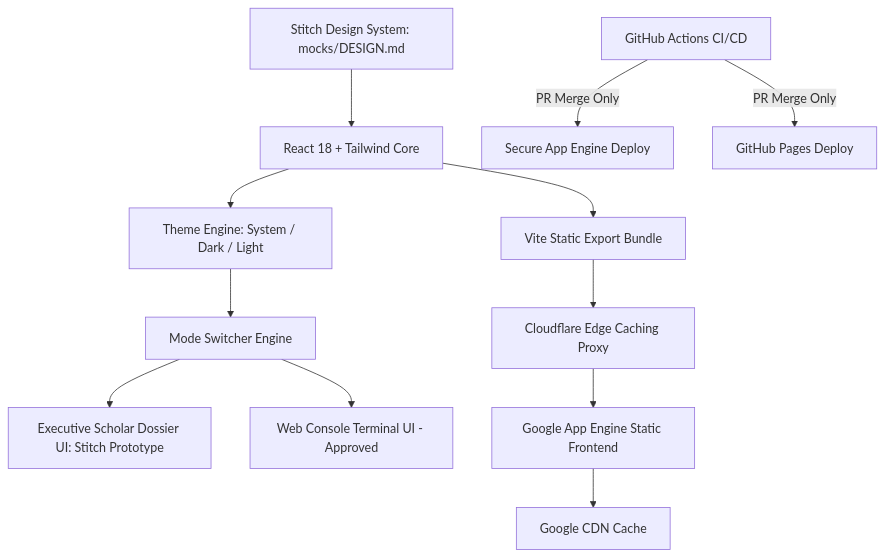
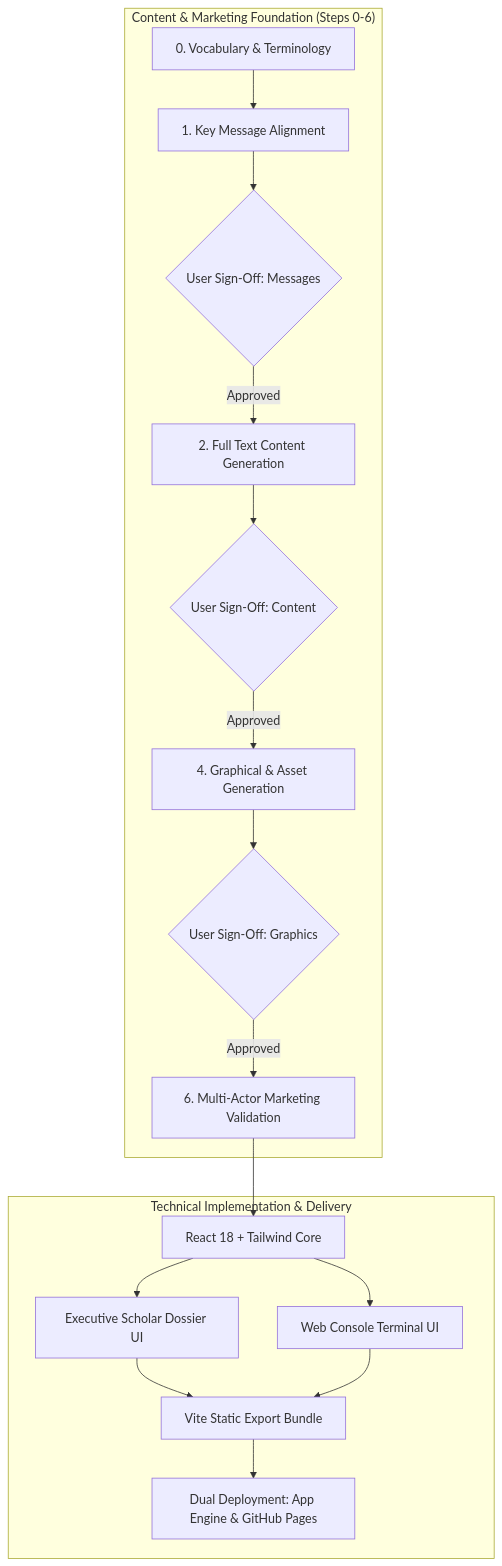
The diagram in specs/001-personal-brand-website/plan.md (drlebedev/drlebedev), drawn with Mermaid before and after one commit. The commit also changed other lines of this file and 1 other file, not shown here.

Commit message:
feat: add comprehensive content and marketing strategy framework to plan and create tasks.md

````diff
--- a/specs/001-personal-brand-website/plan.md
+++ b/specs/001-personal-brand-website/plan.md
@@ -7,14 +7,21 @@
 ```mermaid
 graph TD
-    A[Stitch Design System: mocks/DESIGN.md] --> B[React 18 + Tailwind Core]
-    B --> C[Theme Engine: System / Dark / Light]
-    C --> D[Mode Switcher Engine]
-    D --> E[Executive Scholar Dossier UI: Stitch Prototype]
-    D --> F[Web Console Terminal UI - Approved]
-    B --> G[Vite Static Export Bundle]
-    G --> H[Cloudflare Edge Caching Proxy]
-    H --> I[Google App Engine Static Frontend]
-    I --> J[Google CDN Cache]
-    K[GitHub Actions CI/CD] -->|PR Merge Only| L[Secure App Engine Deploy]
-    K -->|PR Merge Only| M[GitHub Pages Deploy]
+    subgraph ContentPipeline["Content & Marketing Foundation (Steps 0-6)"]
+        S0[0. Vocabulary & Terminology] --> S1[1. Key Message Alignment]
+        S1 --> G1{User Sign-Off: Messages}
+        G1 -->|Approved| S2[2. Full Text Content Generation]
+        S2 --> G2{User Sign-Off: Content}
+        G2 -->|Approved| S4[4. Graphical & Asset Generation]
+        S4 --> G3{User Sign-Off: Graphics}
+        G3 -->|Approved| S6[6. Multi-Actor Marketing Validation]
+    end
+
+    subgraph TechnicalImplementation["Technical Implementation & Delivery"]
+        S6 --> TechBase[React 18 + Tailwind Core]
+        TechBase --> ExecUI[Executive Scholar Dossier UI]
+        TechBase --> TermUI[Web Console Terminal UI]
+        ExecUI --> Dist[Vite Static Export Bundle]
+        TermUI --> Dist
+        Dist --> Deploy[Dual Deployment: App Engine & GitHub Pages]
+    end
 ```
````
